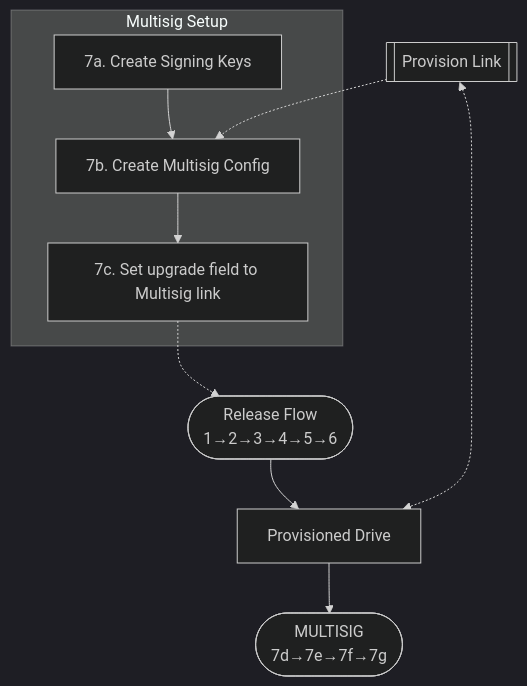
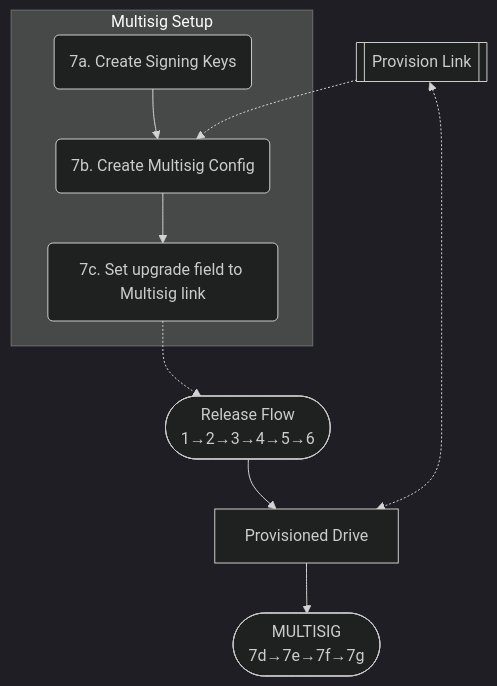
The seventh of 9 diagrams in README.md (AndreiRegiani/hello-pear-electron), drawn with Mermaid (dark theme) before and after one commit. The commit also changed other lines of this file, not shown here.

Commit message:
iterate diagrams (#36)

````diff
--- a/README.md
+++ b/README.md
@@ -734,15 +734,15 @@
 ```mermaid
 graph TD
     subgraph Multisig Setup
-        K[7a. Create Signing Keys] --> C[7b. Create Multisig Config]
-        C --> L[7c. Set upgrade field to Multisig link]
+        K(7a. Create Signing Keys) --> C(7b. Create Multisig Config)
+        C --> L(7c. Set upgrade field to Multisig link)
     end
 
     L .-> R([Release Flow<br>1→2→3→4→5→6])
     R --> Prov[Provisioned Drive]
     Prov --> M([MULTISIG<br>7d→7e→7f→7g])
     PL[[Provision Link]] .-> C
     PL <-.-> Prov
     PL ~~~ R
 
 ```
````
